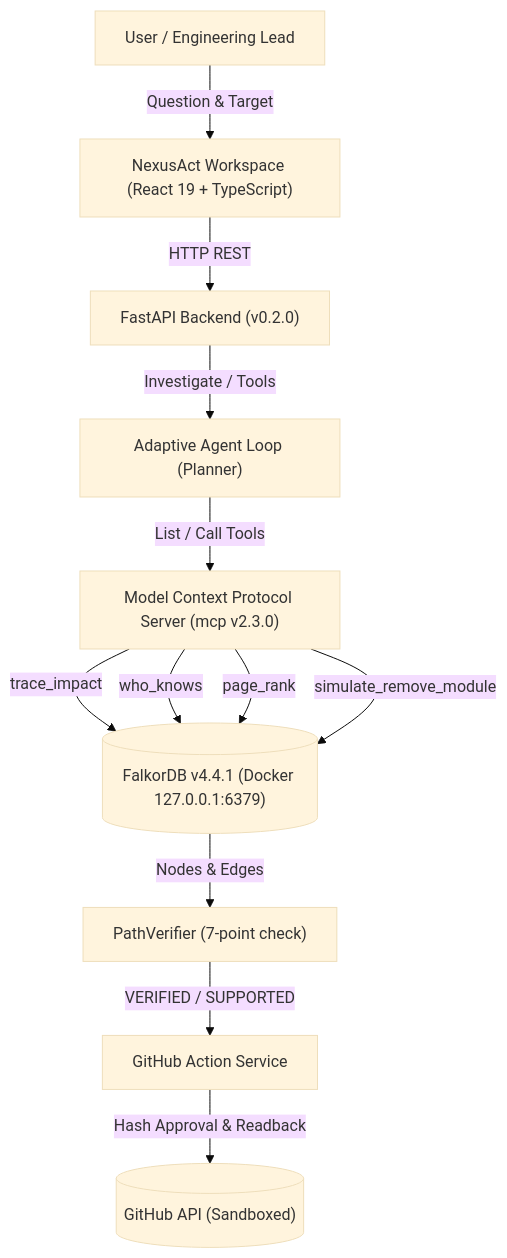
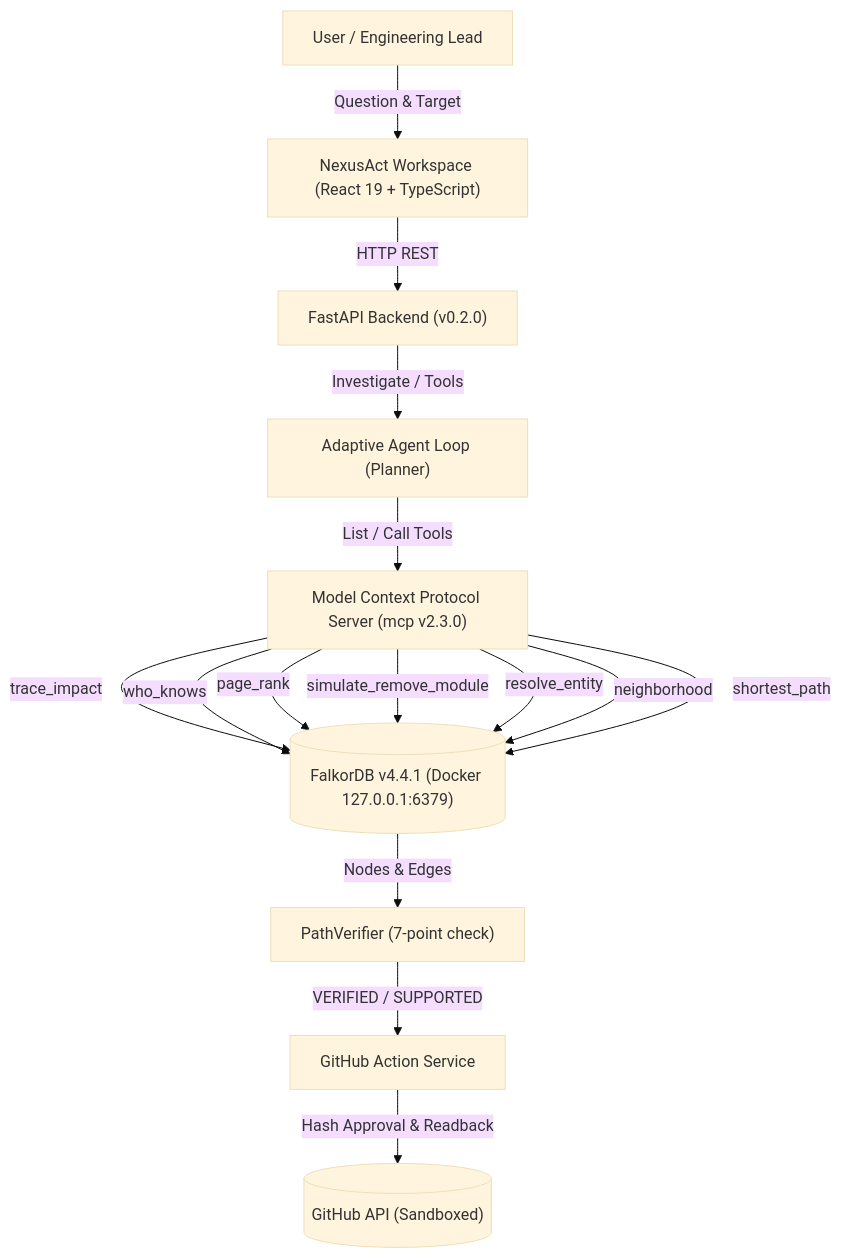
Before and after one commit to VishwanathArchakMR/NexusAct: the diagram in README.md, drawn with Mermaid (base theme). The commit also changed other lines of this file and 9 other files, not shown here.

````diff
--- a/README.md
+++ b/README.md
@@ -37,16 +42,19 @@
 ```mermaid
 graph TD
     User["User / Engineering Lead"] -->|Question & Target| Workspace["NexusAct Workspace (React 19 + TypeScript)"]
     Workspace -->|HTTP REST| API["FastAPI Backend (v0.2.0)"]
     API -->|Investigate / Tools| Agent["Adaptive Agent Loop (Planner)"]
     Agent -->|List / Call Tools| MCP["Model Context Protocol Server (mcp v2.3.0)"]
     
     MCP -->|trace_impact| FalkorDB[("FalkorDB v4.4.1 (Docker 127.0.0.1:6379)")]
     MCP -->|who_knows| FalkorDB
     MCP -->|page_rank| FalkorDB
     MCP -->|simulate_remove_module| FalkorDB
+    MCP -->|resolve_entity| FalkorDB
+    MCP -->|neighborhood| FalkorDB
+    MCP -->|shortest_path| FalkorDB
     
     FalkorDB -->|Nodes & Edges| Verifier["PathVerifier (7-point check)"]
     Verifier -->|VERIFIED / SUPPORTED| Action["GitHub Action Service"]
     Action -->|Hash Approval & Readback| GitHub[("GitHub API (Sandboxed)")]
 ```
````
